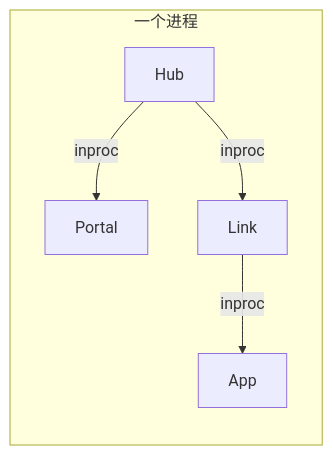
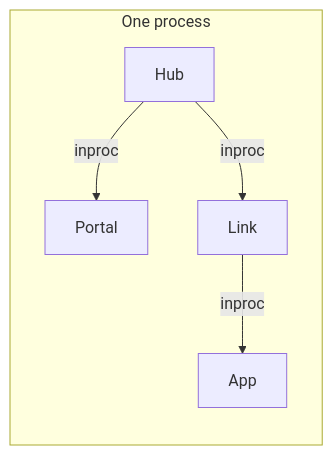
One commit to yorun-ai/vine-site changed the first of 3 diagrams in docs/getting-started/deployment-modes.md. Above: the diagram before and after it, drawn with Mermaid. The commit also changed other lines of this file and 107 other files, not shown here.

````diff
--- a/docs/getting-started/deployment-modes.md
+++ b/docs/getting-started/deployment-modes.md
@@ -23,7 +23,7 @@
 ```mermaid
 flowchart LR
-  subgraph Process["一个进程"]
+  subgraph Process["One process"]
     Hub["Hub"] -->|"inproc"| Portal["Portal"]
     Hub -->|"inproc"| Link["Link"] -->|"inproc"| App["App"]
   end
 ```
````
